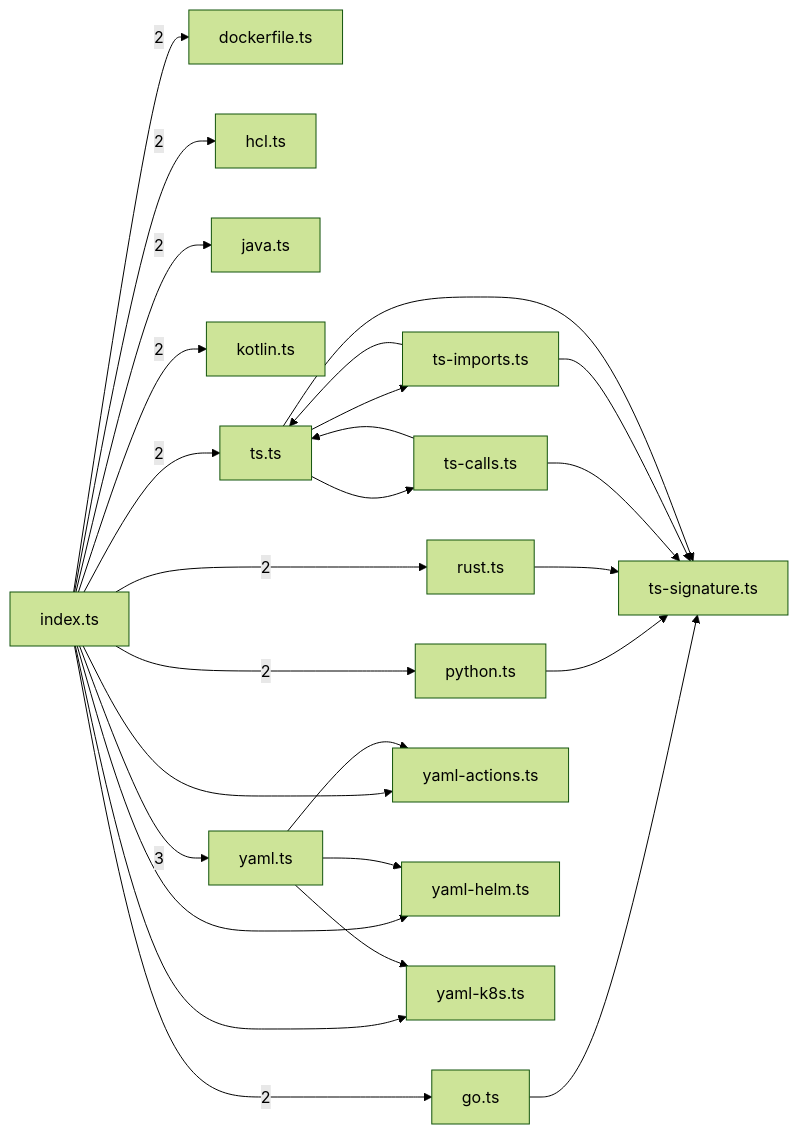
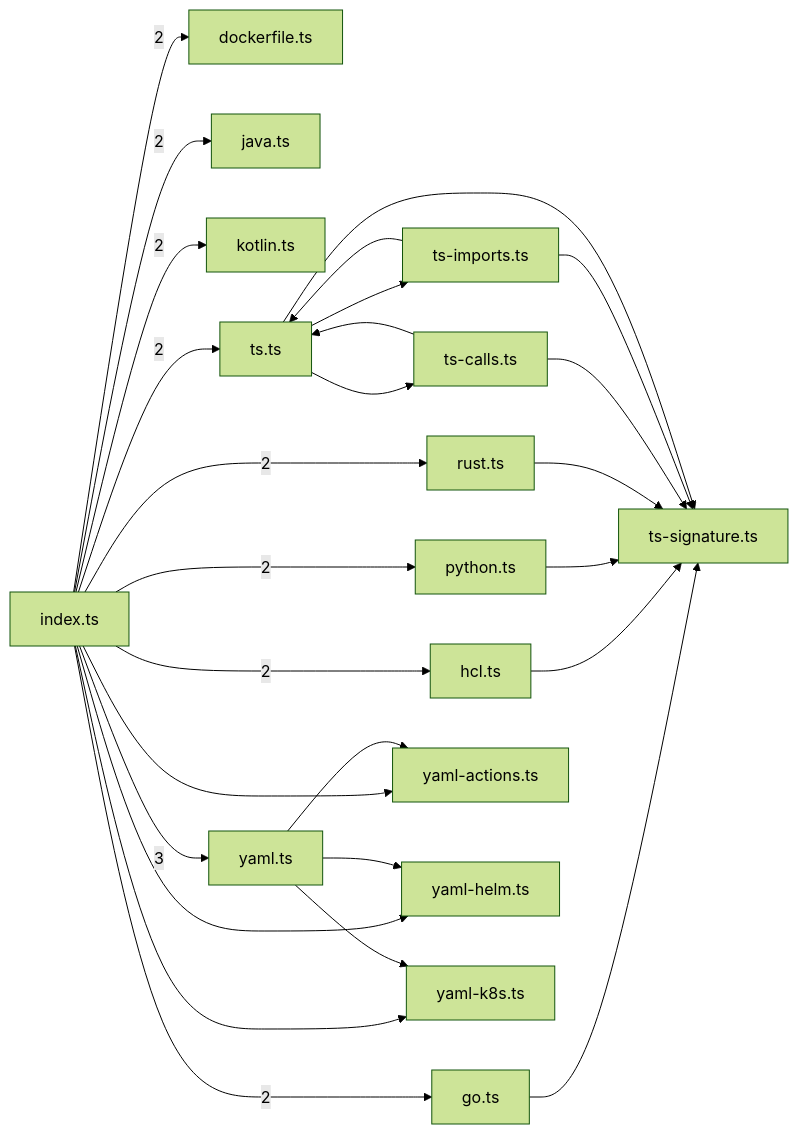
The third of 8 diagrams in .greplost/packages/greplost__core/MAP.md (sns45/greplost), drawn with Mermaid (forest theme) before and after one commit. The commit also changed other lines of this file and 21 other files, not shown here.

Commit message:
structural: S5 keyed by endpoints when the oracle carries no reference kinds; S6 counts every schema node id; local is a node kind

````diff
--- a/.greplost/packages/greplost__core/MAP.md
+++ b/.greplost/packages/greplost__core/MAP.md
@@ -228,44 +228,45 @@
 ```mermaid
 graph LR
   packages_core_src_extract_dockerfile_ts["dockerfile.ts"]
   packages_core_src_extract_go_ts["go.ts"]
   packages_core_src_extract_hcl_ts["hcl.ts"]
   packages_core_src_extract_index_ts["index.ts"]
   packages_core_src_extract_java_ts["java.ts"]
   packages_core_src_extract_kotlin_ts["kotlin.ts"]
   packages_core_src_extract_python_ts["python.ts"]
   packages_core_src_extract_rust_ts["rust.ts"]
   packages_core_src_extract_ts_calls_ts["ts-calls.ts"]
   packages_core_src_extract_ts_imports_ts["ts-imports.ts"]
   packages_core_src_extract_ts_signature_ts["ts-signature.ts"]
   packages_core_src_extract_ts_ts["ts.ts"]
   packages_core_src_extract_yaml_actions_ts["yaml-actions.ts"]
   packages_core_src_extract_yaml_helm_ts["yaml-helm.ts"]
   packages_core_src_extract_yaml_k8s_ts["yaml-k8s.ts"]
   packages_core_src_extract_yaml_ts["yaml.ts"]
   packages_core_src_extract_go_ts --> packages_core_src_extract_ts_signature_ts
+  packages_core_src_extract_hcl_ts --> packages_core_src_extract_ts_signature_ts
   packages_core_src_extract_index_ts -->|2| packages_core_src_extract_dockerfile_ts
   packages_core_src_extract_index_ts -->|2| packages_core_src_extract_go_ts
   packages_core_src_extract_index_ts -->|2| packages_core_src_extract_hcl_ts
   packages_core_src_extract_index_ts -->|2| packages_core_src_extract_java_ts
   packages_core_src_extract_index_ts -->|2| packages_core_src_extract_kotlin_ts
   packages_core_src_extract_index_ts -->|2| packages_core_src_extract_python_ts
   packages_core_src_extract_index_ts -->|2| packages_core_src_extract_rust_ts
   packages_core_src_extract_index_ts -->|2| packages_core_src_extract_ts_ts
   packages_core_src_extract_index_ts --> packages_core_src_extract_yaml_actions_ts
   packages_core_src_extract_index_ts --> packages_core_src_extract_yaml_helm_ts
   packages_core_src_extract_index_ts --> packages_core_src_extract_yaml_k8s_ts
   packages_core_src_extract_index_ts -->|3| packages_core_src_extract_yaml_ts
   packages_core_src_extract_python_ts --> packages_core_src_extract_ts_signature_ts
   packages_core_src_extract_rust_ts --> packages_core_src_extract_ts_signature_ts
   packages_core_src_extract_ts_calls_ts --> packages_core_src_extract_ts_signature_ts
   packages_core_src_extract_ts_calls_ts --> packages_core_src_extract_ts_ts
   packages_core_src_extract_ts_imports_ts --> packages_core_src_extract_ts_signature_ts
   packages_core_src_extract_ts_imports_ts --> packages_core_src_extract_ts_ts
   packages_core_src_extract_ts_ts --> packages_core_src_extract_ts_calls_ts
   packages_core_src_extract_ts_ts --> packages_core_src_extract_ts_imports_ts
   packages_core_src_extract_ts_ts --> packages_core_src_extract_ts_signature_ts
   packages_core_src_extract_yaml_ts --> packages_core_src_extract_yaml_actions_ts
   packages_core_src_extract_yaml_ts --> packages_core_src_extract_yaml_helm_ts
   packages_core_src_extract_yaml_ts --> packages_core_src_extract_yaml_k8s_ts
 ```
````
